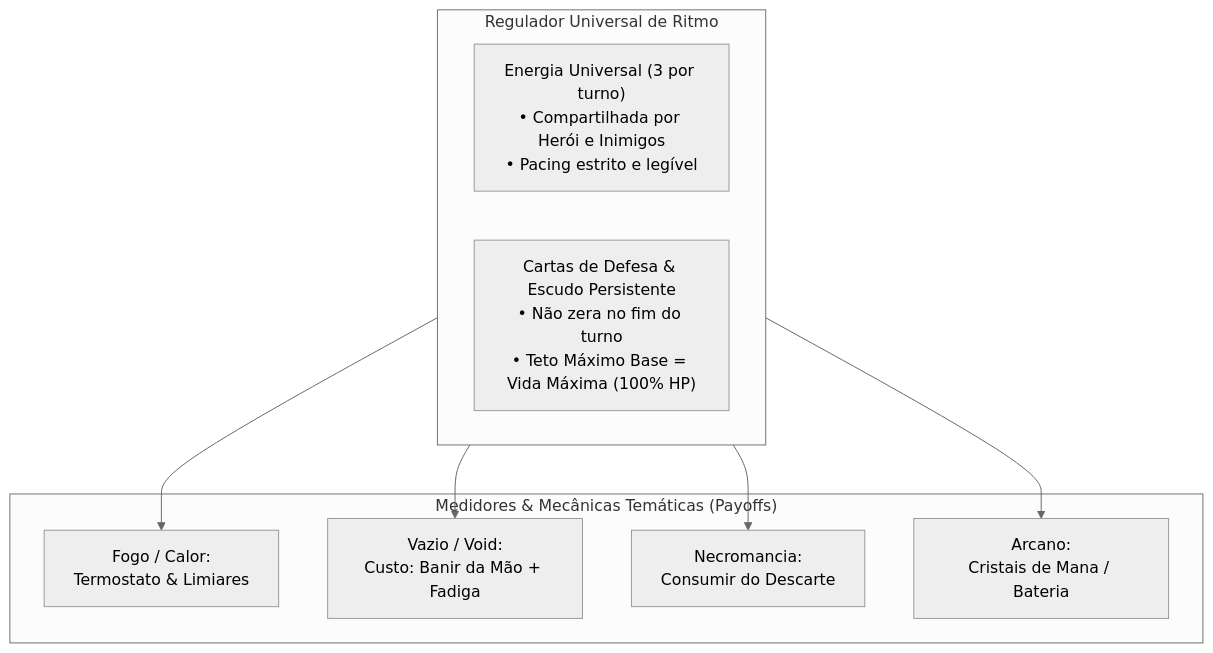
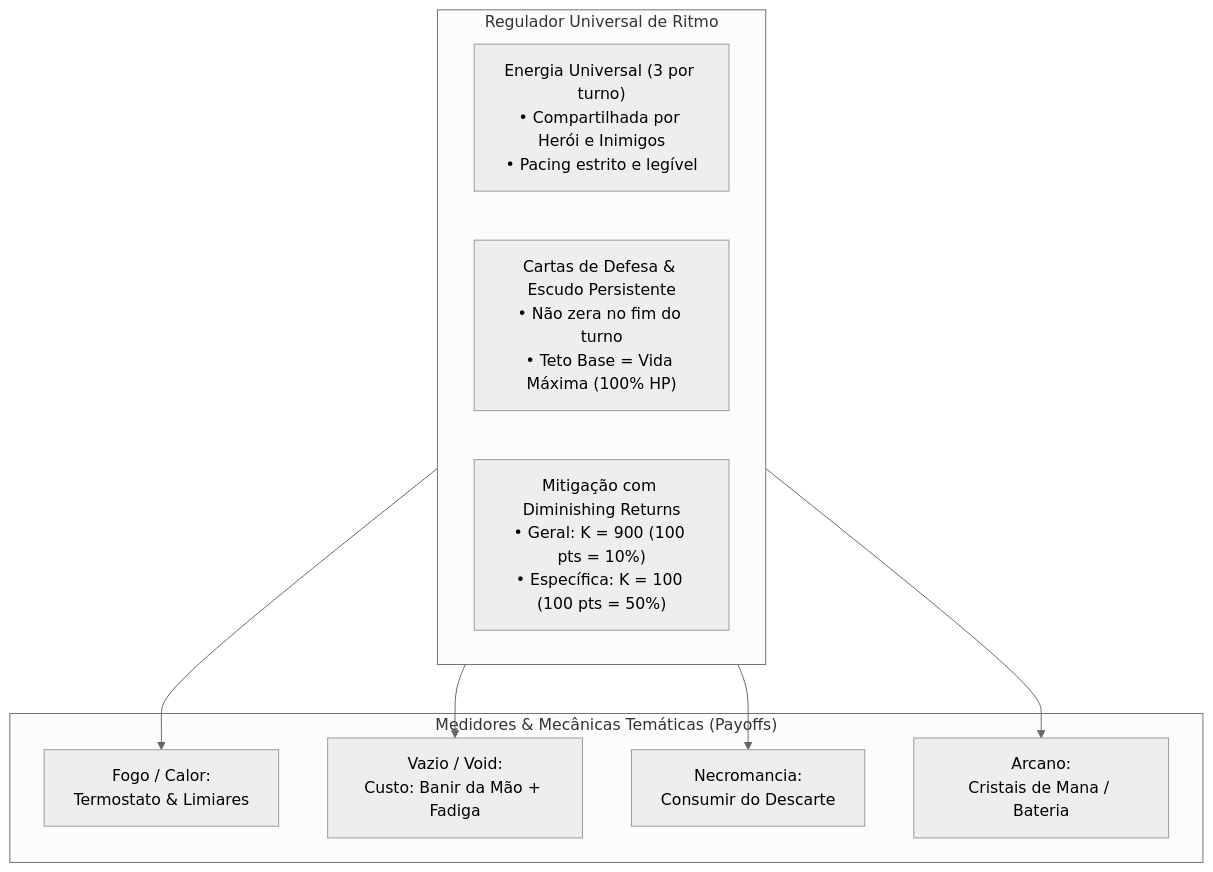
The first of 4 diagrams in docs/design/DIRECIONAMENTO_HEROSCRIPT.md (GuiMayer/HeroScript), drawn with Mermaid (neutral theme) before and after one commit. The commit also changed other lines of this file, not shown here.

Commit message:
docs(design): document dual-k diminishing returns damage mitigation system

````diff
--- a/docs/design/DIRECIONAMENTO_HEROSCRIPT.md
+++ b/docs/design/DIRECIONAMENTO_HEROSCRIPT.md
@@ -26,19 +26,20 @@
 ```mermaid
 flowchart TD
     subgraph Pacing["Regulador Universal de Ritmo"]
         Energia["Energia Universal (3 por turno)<br/>• Compartilhada por Herói e Inimigos<br/>• Pacing estrito e legível"]
-        EscudoPersistente["Cartas de Defesa & Escudo Persistente<br/>• Não zera no fim do turno<br/>• Teto Máximo Base = Vida Máxima (100% HP)"]
+        EscudoPersistente["Cartas de Defesa & Escudo Persistente<br/>• Não zera no fim do turno<br/>• Teto Base = Vida Máxima (100% HP)"]
+        Mitigacao["Mitigação com Diminishing Returns<br/>• Geral: K = 900 (100 pts = 10%)<br/>• Específica: K = 100 (100 pts = 50%)"]
     end
 
     subgraph Tempero["Medidores & Mecânicas Temáticas (Payoffs)"]
         Calor["Fogo / Calor:<br/>Termostato & Limiares"]
         Vazio["Vazio / Void:<br/>Custo: Banir da Mão + Fadiga"]
         Necro["Necromancia:<br/>Consumir do Descarte"]
         Arcano["Arcano:<br/>Cristais de Mana / Bateria"]
     end
 
     Pacing --> Calor
     Pacing --> Vazio
     Pacing --> Necro
     Pacing --> Arcano
 ```
````
